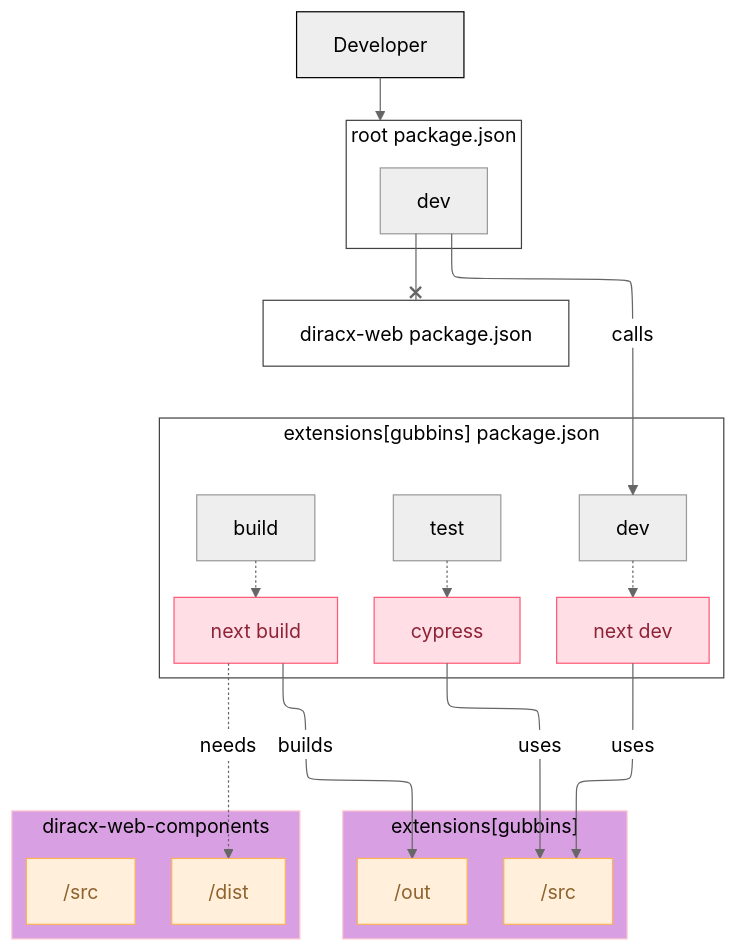
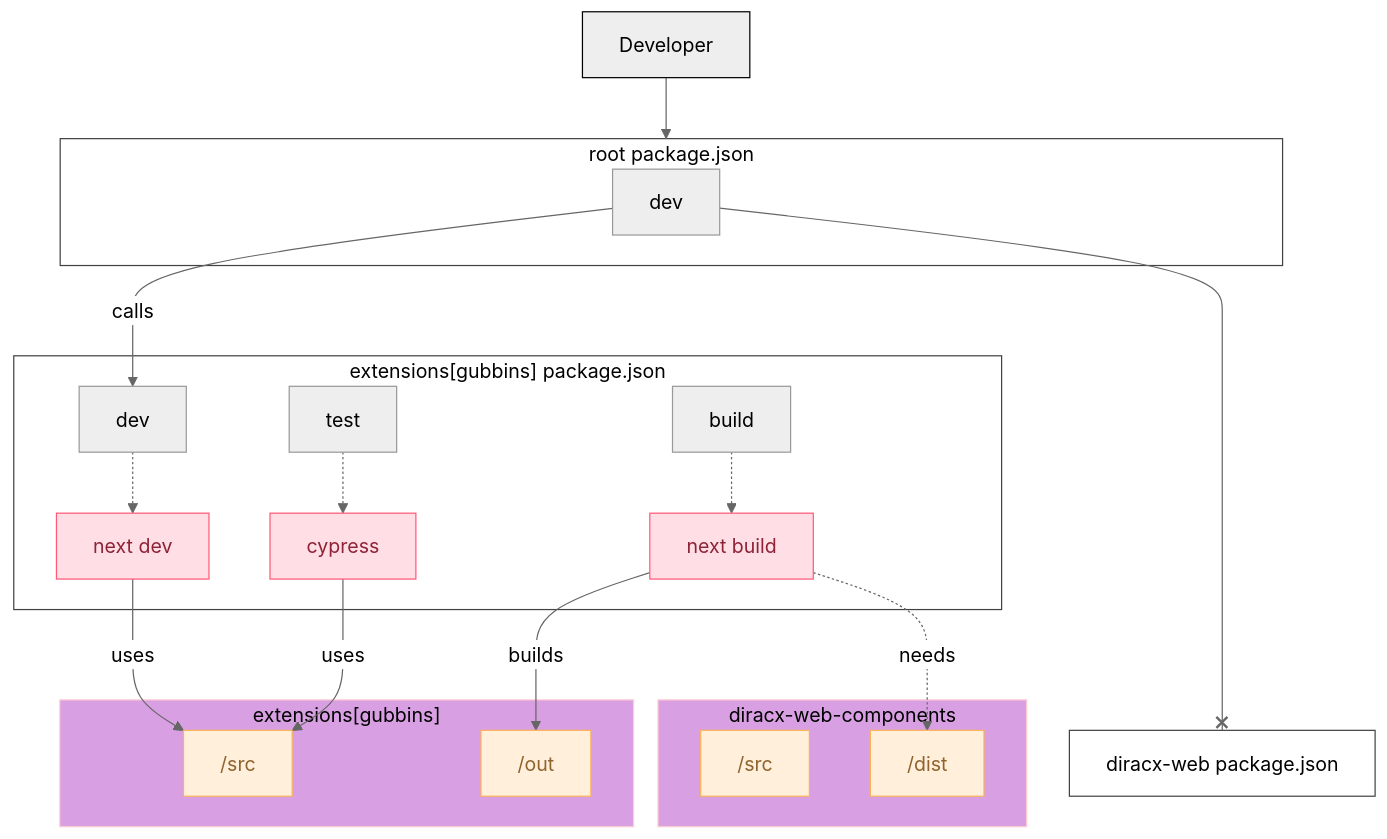
One commit to DIRACGrid/diracx-web changed the diagram in docs/dev/manage_extension.md. Above: the diagram before and after it, drawn with Mermaid (neutral theme). The commit also changed 2 other files, not shown here.

Commit message:
docs: removed config part from mermaid

````diff
--- a/docs/dev/manage_extension.md
+++ b/docs/dev/manage_extension.md
@@ -9,56 +9,52 @@
 ```mermaid
----
-config:
-  layout: elk
----
 flowchart TD
  subgraph root-cmds["root package.json"]
         root:dev["dev"]
   end
  subgraph gubbins-cmds["extensions[gubbins] package.json"]
         nextdev["next dev"]
         gubbins:dev["dev"]
         cypress["cypress"]
         gubbins:test["test"]
         next["next build"]
         gubbins:build["build"]
   end
  subgraph ext["extensions[gubbins]"]
         diracx-src["/src"]
         diracx-out["/out"]
   end
  subgraph lib["diracx-web-components"]
         lib-src["/src"]
         lib-out["/dist"]
   end
     user["Developer"] --> root-cmds
     gubbins:dev -.-> nextdev
     gubbins:test -.-> cypress
     gubbins:build -.-> next
     root:dev -- calls --> gubbins:dev
     root:dev ----x diracx-web-cmds["diracx-web package.json"]
     cypress -- uses --> diracx-src
     nextdev -- uses --> diracx-src
     next -- builds --> diracx-out
     next -. needs .-> lib-out
      root:dev:::Ash
      nextdev:::Rose
      gubbins:dev:::Ash
      cypress:::Rose
      gubbins:test:::Ash
      next:::Rose
      gubbins:build:::Ash
      diracx-src:::Peach
      diracx-out:::Peach
      lib-src:::Peach
      lib-out:::Peach
     classDef Ash stroke-width:1px, stroke-dasharray:none, stroke:#999999, fill:#EEEEEE, color:#000000
     classDef Peach stroke-width:1px, stroke-dasharray:none, stroke:#FBB35A, fill:#FFEFDB, color:#8F632D
     classDef Rose stroke-width:1px, stroke-dasharray:none, stroke:#FF5978, fill:#FFDFE5, color:#8E2236
     style user stroke:#000000
     style root-cmds fill:#FFFFFF,stroke:#424242,color:#000000
     style diracx-web-cmds fill:#FFFFFF,stroke:#424242,color:#000000
     style gubbins-cmds fill:#FFFFFF,stroke:#424242,color:#000000
     style lib fill:#d99fe3,stroke:#FFCDD2,color:#000000
     style ext fill:#d99fe3,stroke:#FFCDD2,color:#000000
 ```
````
